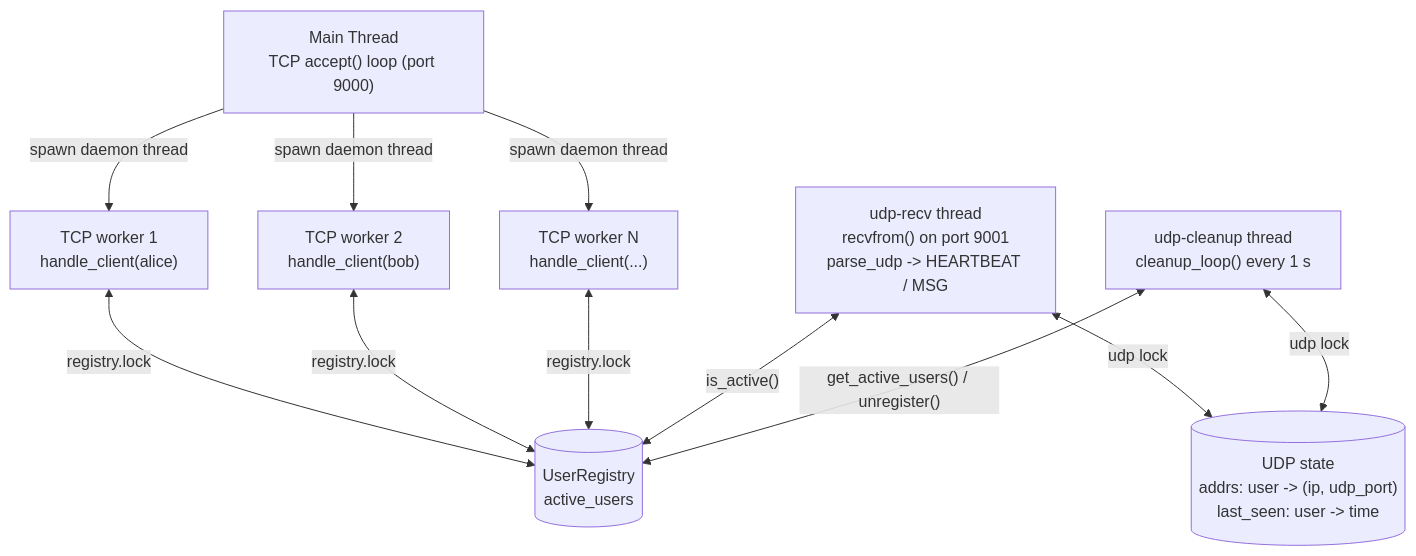
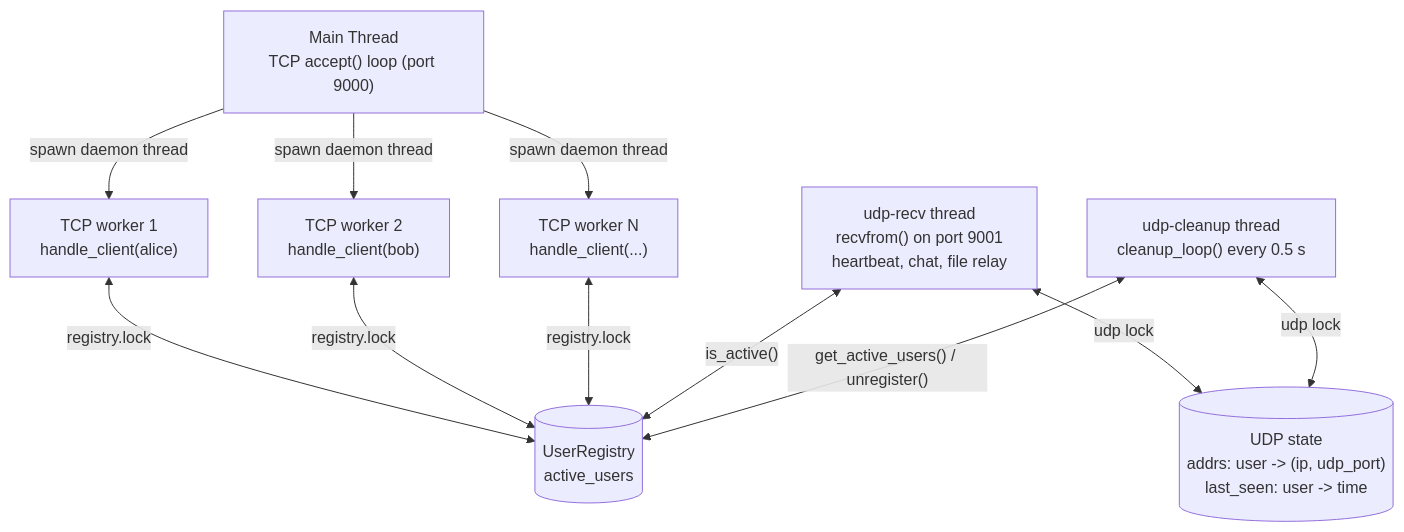
The second of 5 diagrams in docs/architecture.md (Smokiestfox/networking-app-assignment), drawn with Mermaid before and after one commit. The commit also changed other lines of this file and 8 other files, not shown here.

````diff
--- a/docs/architecture.md
+++ b/docs/architecture.md
@@ -63,19 +71,19 @@
 ```mermaid
 flowchart TD
     Main["Main Thread<br/>TCP accept() loop (port 9000)"]
     Main -->|"spawn daemon thread"| T1["TCP worker 1<br/>handle_client(alice)"]
     Main -->|"spawn daemon thread"| T2["TCP worker 2<br/>handle_client(bob)"]
     Main -->|"spawn daemon thread"| TN["TCP worker N<br/>handle_client(...)"]
 
-    RX["udp-recv thread<br/>recvfrom() on port 9001<br/>parse_udp -> HEARTBEAT / MSG"]
-    CL["udp-cleanup thread<br/>cleanup_loop() every 1 s"]
+    RX["udp-recv thread<br/>recvfrom() on port 9001<br/>heartbeat, chat, file relay"]
+    CL["udp-cleanup thread<br/>cleanup_loop() every 0.5 s"]
 
     T1 <-->|"registry.lock"| Reg[("UserRegistry<br/>active_users")]
     T2 <-->|"registry.lock"| Reg
     TN <-->|"registry.lock"| Reg
     RX <-->|"is_active()"| Reg
     CL <-->|"get_active_users() / unregister()"| Reg
 
     RX <-->|"udp lock"| UState[("UDP state<br/>addrs: user -> (ip, udp_port)<br/>last_seen: user -> time")]
     CL <-->|"udp lock"| UState
 ```
````
